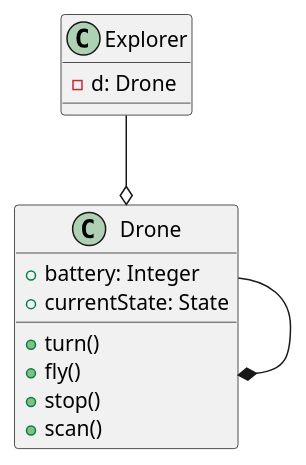
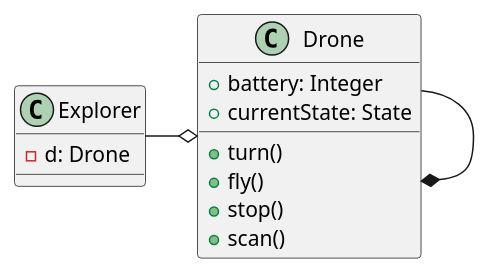
Before and after one commit to nehadst/Drone-Rescue: the diagram in UML Diagrams/SingletonPattern.plantuml, drawn with PlantUML.

Commit message:
Changed position of Drone class in UML to right #61

```diff
--- a/UML Diagrams/SingletonPattern.plantuml
+++ b/UML Diagrams/SingletonPattern.plantuml
@@ -1,18 +1,18 @@
 @startuml SingletonPattern
 
 class Drone {
     +battery: Integer
     +currentState: State
     +turn()
     +fly()
     +stop()
     +scan()
 }
 class Explorer {
     - d: Drone
 }
 
-Explorer --o Drone
+Explorer -right-o Drone
 Drone --* Drone 
 
 @enduml
```
